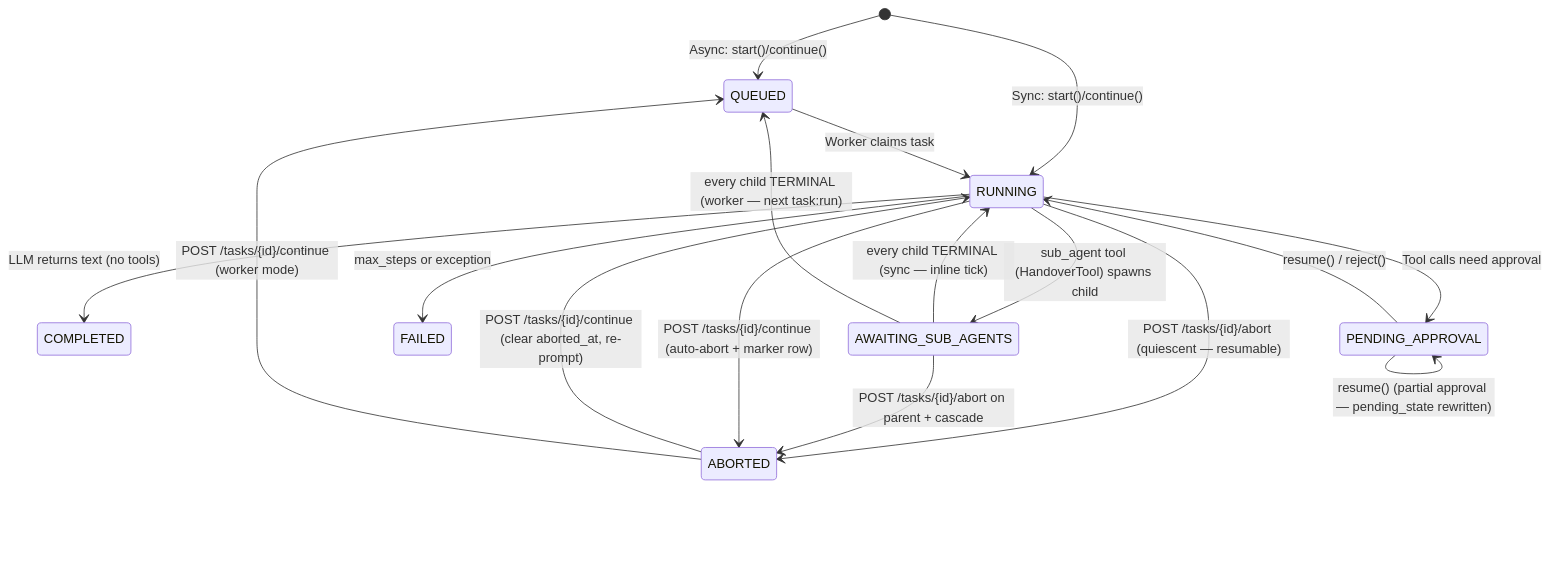
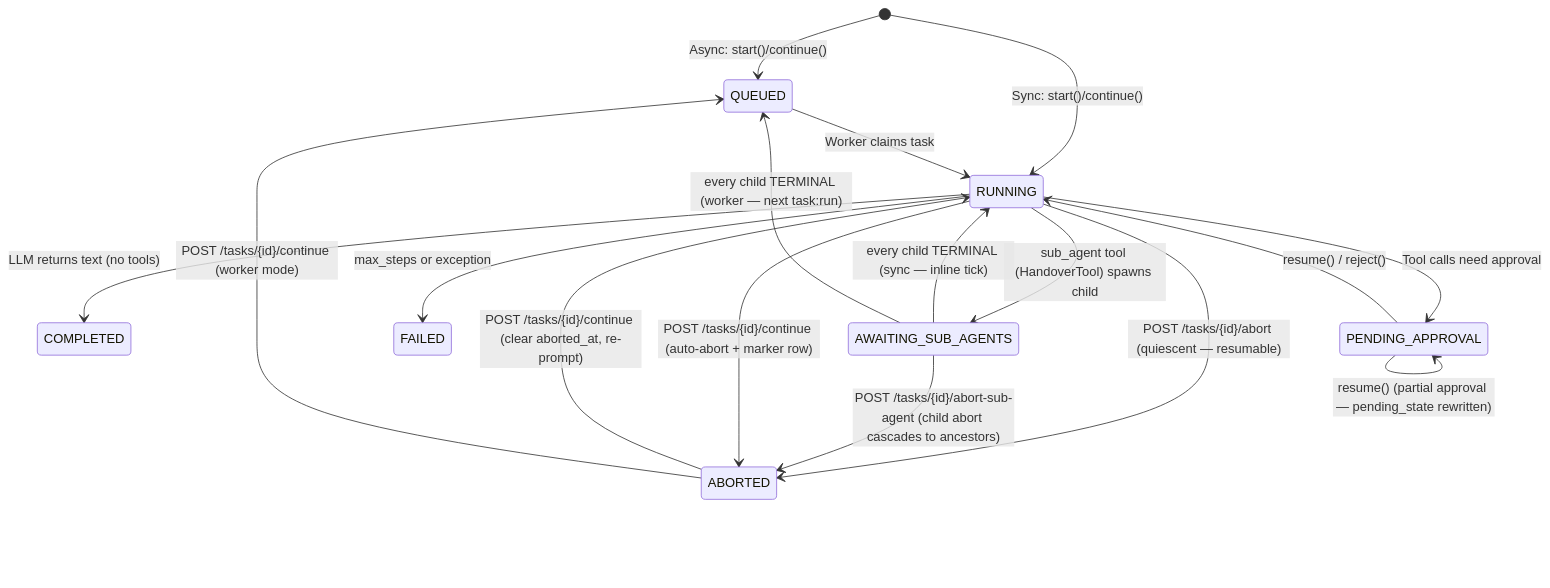
One commit to spora-ai/spora-docs changed the diagram in docs/reference/concepts/agent-loop-async.md. Above: the diagram before and after it, drawn with Mermaid. The commit also changed 3 other files, not shown here.

First line of the commit message:
docs(abort): revise Stop waiting section — cascade-up IS wired

````diff
--- a/docs/reference/concepts/agent-loop-async.md
+++ b/docs/reference/concepts/agent-loop-async.md
@@ -56,25 +56,25 @@
 ```mermaid
 stateDiagram-v2
     [*] --> QUEUED : Async: start()/continue()
     [*] --> RUNNING : Sync: start()/continue()
 
     QUEUED --> RUNNING : Worker claims task
 
     RUNNING --> COMPLETED : LLM returns text (no tools)
 
     RUNNING --> PENDING_APPROVAL : Tool calls need approval
 
     PENDING_APPROVAL --> RUNNING : resume() / reject()
     PENDING_APPROVAL --> PENDING_APPROVAL : resume() (partial approval — pending_state rewritten)
 
     RUNNING --> FAILED : max_steps or exception
 
     RUNNING --> AWAITING_SUB_AGENTS : sub_agent tool (HandoverTool) spawns child
     AWAITING_SUB_AGENTS --> RUNNING : every child TERMINAL (sync — inline tick)
     AWAITING_SUB_AGENTS --> QUEUED : every child TERMINAL (worker — next task:run)
     RUNNING --> ABORTED : POST /tasks/{id}/abort (quiescent — resumable)
-    AWAITING_SUB_AGENTS --> ABORTED : POST /tasks/{id}/abort on parent + cascade
+    AWAITING_SUB_AGENTS --> ABORTED : POST /tasks/{id}/abort-sub-agent (child abort cascades to ancestors)
     ABORTED --> RUNNING : POST /tasks/{id}/continue (clear aborted_at, re-prompt)
     ABORTED --> QUEUED : POST /tasks/{id}/continue (worker mode)
     RUNNING --> ABORTED : POST /tasks/{id}/continue (auto-abort + marker row)
 ```
````
